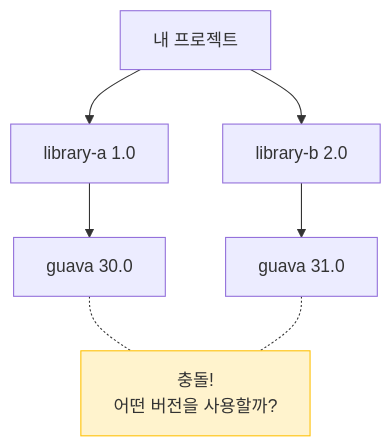
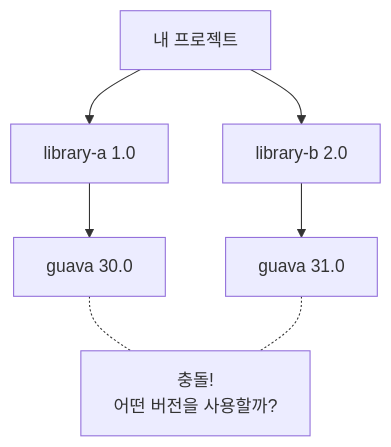
One commit to advanced-beginner/advanced-beginner.github.io changed the first of 2 diagrams in content/ko/docs/scala/howto/sbt-dependency-conflicts.md. Above: the diagram before and after it, drawn with Mermaid. The commit also changed 6 other files, not shown here.

First line of the commit message:
fix: Mermaid 색상 스타일(fill/stroke) 29개 제거

````diff
--- a/content/ko/docs/scala/howto/sbt-dependency-conflicts.md
+++ b/content/ko/docs/scala/howto/sbt-dependency-conflicts.md
@@ -86,10 +86,9 @@
 ```mermaid
 flowchart TD
     A["내 프로젝트"] --> B["library-a 1.0"]
     A --> C["library-b 2.0"]
     B --> D["guava 30.0"]
     C --> E["guava 31.0"]
     D -.- F["충돌!<br>어떤 버전을 사용할까?"]
     E -.- F
-    style F fill:#fff3cd,stroke:#ffc107
 ```
````
